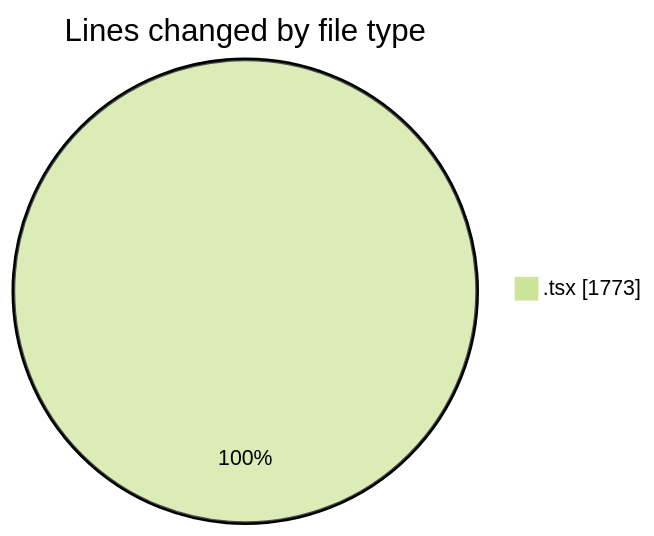
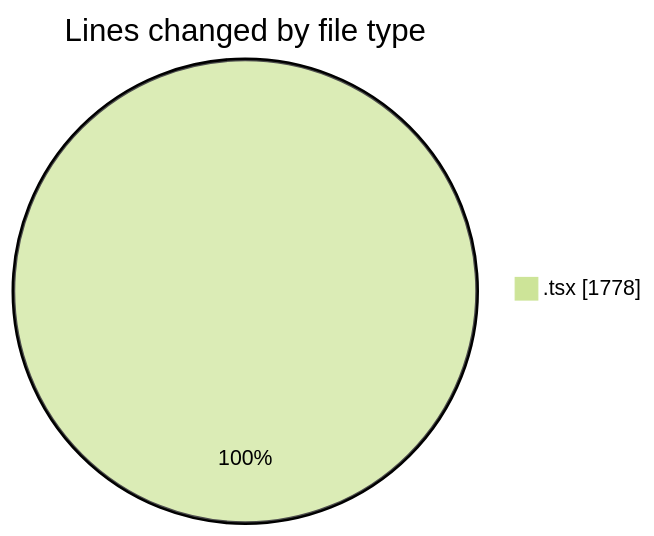
One commit to nxtqubesakshisongat/code-tracking changed the first of 2 diagrams in 2026-04-22/nxtqube_webapp/README.md. Above: the diagram before and after it, drawn with Mermaid (forest theme). The commit also changed other lines of this file and 1 other file, not shown here.

````diff
--- a/2026-04-22/nxtqube_webapp/README.md
+++ b/2026-04-22/nxtqube_webapp/README.md
@@ -21,5 +21,5 @@
 ```mermaid
 pie showData
 title Lines changed by file type
-".tsx" : 1773
+".tsx" : 1778
 ```
````
